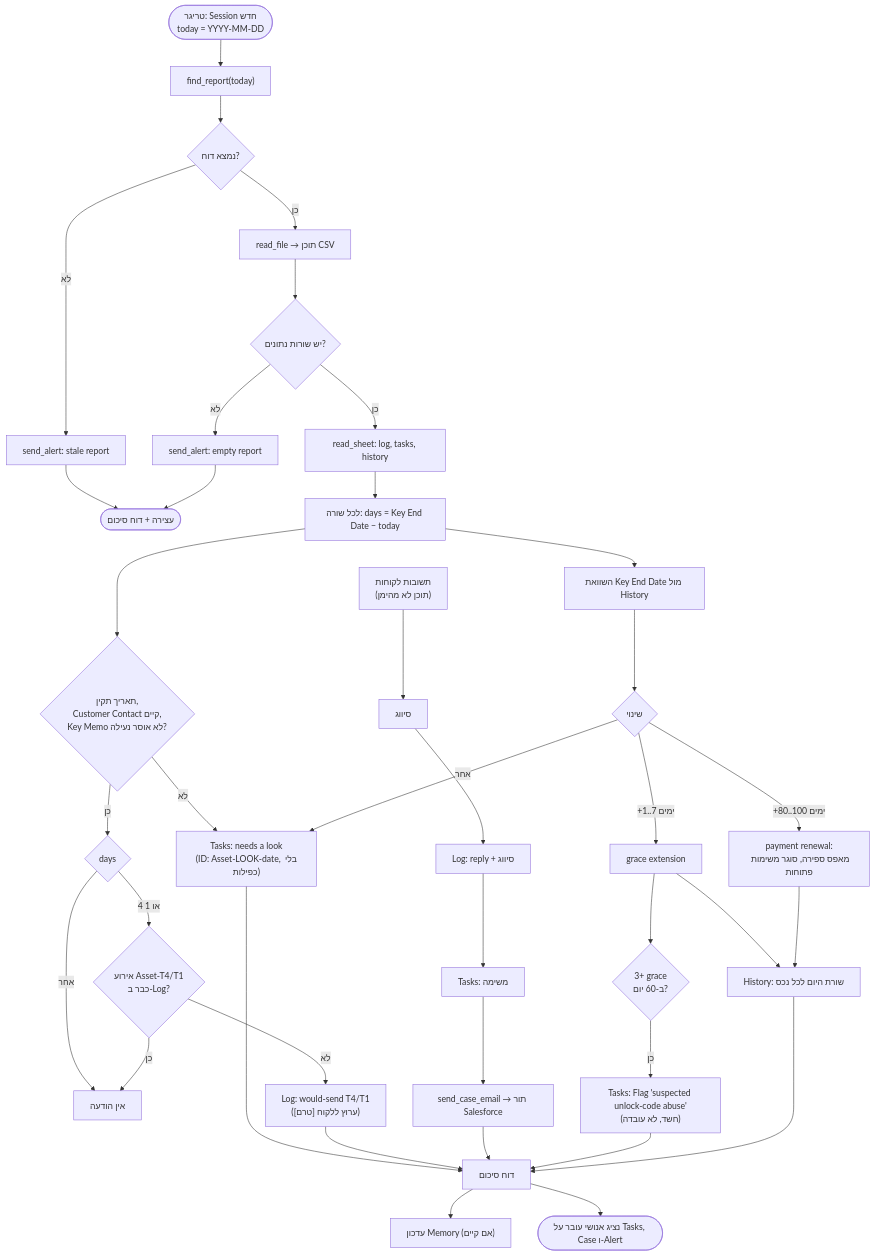
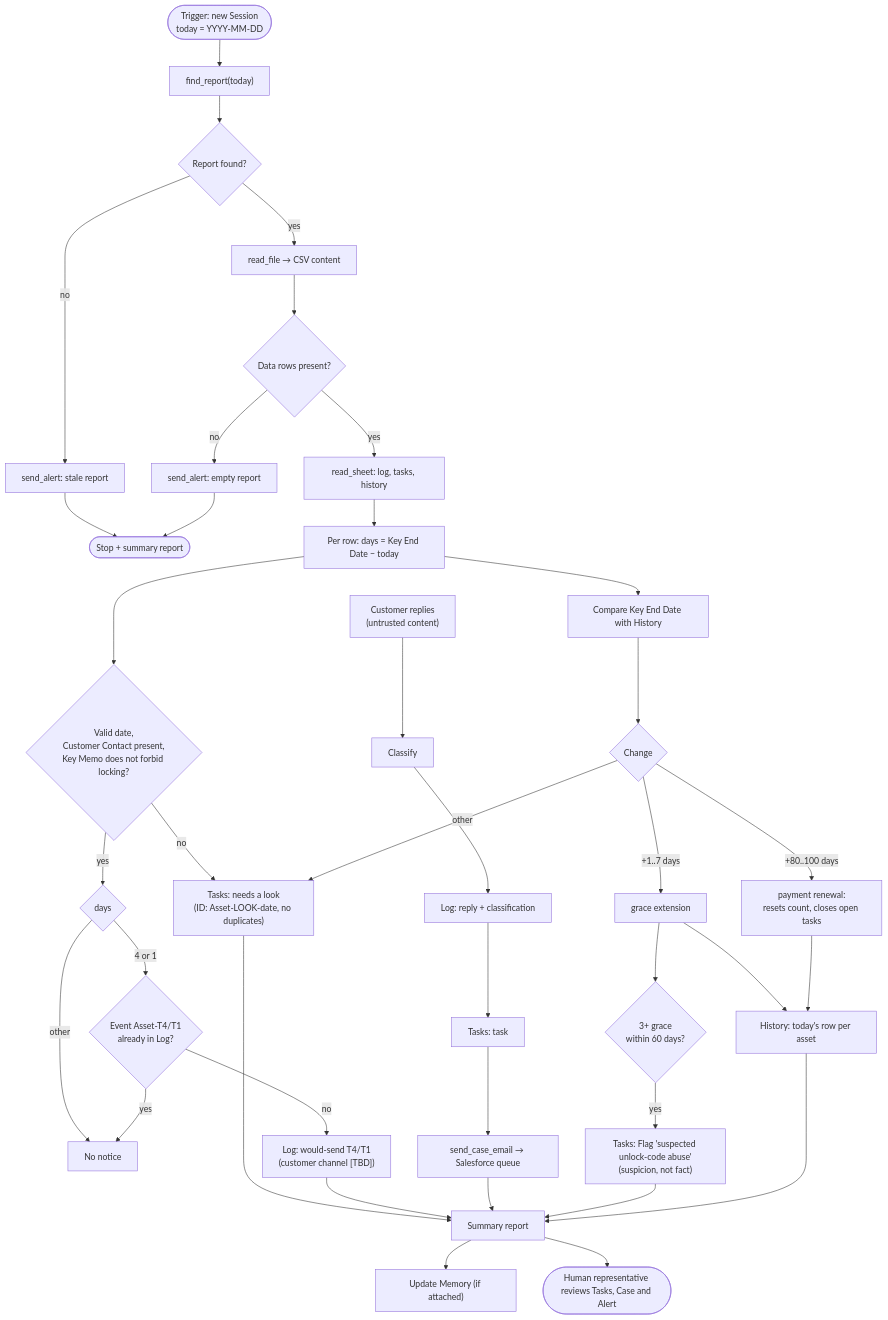
One commit to asaeltaragan-cpu/Time_limit changed the third of 4 diagrams in Architecture.md. Above: the diagram before and after it, drawn with Mermaid. The commit also changed other lines of this file, not shown here.

Commit message:
Translate Architecture.md to English

````diff
--- a/Architecture.md
+++ b/Architecture.md
@@ -110,42 +110,42 @@
 ```mermaid
 flowchart TD
-    START(["טריגר: Session חדש<br/>today = YYYY-MM-DD"]) --> FIND["find_report(today)"]
-    FIND --> FOUND{"נמצא דוח?"}
-    FOUND -- "לא" --> A1["send_alert: stale report"] --> END1(["עצירה + דוח סיכום"])
-    FOUND -- "כן" --> READ["read_file → תוכן CSV"]
-    READ --> EMPTY{"יש שורות נתונים?"}
-    EMPTY -- "לא" --> A2["send_alert: empty report"] --> END1
-    EMPTY -- "כן" --> SHEETS["read_sheet: log, tasks, history"]
+    START(["Trigger: new Session<br/>today = YYYY-MM-DD"]) --> FIND["find_report(today)"]
+    FIND --> FOUND{"Report found?"}
+    FOUND -- "no" --> A1["send_alert: stale report"] --> END1(["Stop + summary report"])
+    FOUND -- "yes" --> READ["read_file → CSV content"]
+    READ --> EMPTY{"Data rows present?"}
+    EMPTY -- "no" --> A2["send_alert: empty report"] --> END1
+    EMPTY -- "yes" --> SHEETS["read_sheet: log, tasks, history"]
 
-    SHEETS --> ROW["לכל שורה: days = Key End Date − today"]
-    ROW --> VALID{"תאריך תקין,<br/>Customer Contact קיים,<br/>Key Memo לא אוסר נעילה?"}
-    VALID -- "לא" --> LOOK["Tasks: needs a look<br/>(ID: Asset-LOOK-date, בלי כפילות)"]
-    VALID -- "כן" --> DAYS{"days"}
-    DAYS -- "4 או 1" --> DUP{"אירוע Asset-T4/T1<br/>כבר ב-Log?"}
-    DAYS -- "אחר" --> NONE["אין הודעה"]
-    DUP -- "כן" --> NONE
-    DUP -- "לא" --> LOGW["Log: would-send T4/T1<br/>(ערוץ ללקוח [טרם])"]
+    SHEETS --> ROW["Per row: days = Key End Date − today"]
+    ROW --> VALID{"Valid date,<br/>Customer Contact present,<br/>Key Memo does not forbid locking?"}
+    VALID -- "no" --> LOOK["Tasks: needs a look<br/>(ID: Asset-LOOK-date, no duplicates)"]
+    VALID -- "yes" --> DAYS{"days"}
+    DAYS -- "4 or 1" --> DUP{"Event Asset-T4/T1<br/>already in Log?"}
+    DAYS -- "other" --> NONE["No notice"]
+    DUP -- "yes" --> NONE
+    DUP -- "no" --> LOGW["Log: would-send T4/T1<br/>(customer channel [TBD])"]
 
-    REPLIES["תשובות לקוחות<br/>(תוכן לא מהימן)"] --> CLS["סיווג"]
-    CLS --> LOGR["Log: reply + סיווג"]
-    LOGR --> TASKR["Tasks: משימה"]
-    TASKR --> CASE["send_case_email → תור Salesforce"]
+    REPLIES["Customer replies<br/>(untrusted content)"] --> CLS["Classify"]
+    CLS --> LOGR["Log: reply + classification"]
+    LOGR --> TASKR["Tasks: task"]
+    TASKR --> CASE["send_case_email → Salesforce queue"]
 
-    ROW --> CMP["השוואת Key End Date מול History"]
-    CMP --> KIND{"שינוי"}
-    KIND -- "+1..7 ימים" --> GRACE["grace extension"]
-    KIND -- "+80..100 ימים" --> RENEW["payment renewal:<br/>מאפס ספירה, סוגר משימות פתוחות"]
-    KIND -- "אחר" --> LOOK
-    GRACE --> HISTW["History: שורת היום לכל נכס"]
+    ROW --> CMP["Compare Key End Date with History"]
+    CMP --> KIND{"Change"}
+    KIND -- "+1..7 days" --> GRACE["grace extension"]
+    KIND -- "+80..100 days" --> RENEW["payment renewal:<br/>resets count, closes open tasks"]
+    KIND -- "other" --> LOOK
+    GRACE --> HISTW["History: today's row per asset"]
     RENEW --> HISTW
-    GRACE --> ABUSE{"3+ grace<br/>ב-60 יום?"}
-    ABUSE -- "כן" --> FLAG["Tasks: Flag 'suspected unlock-code abuse'<br/>(חשד, לא עובדה)"]
+    GRACE --> ABUSE{"3+ grace<br/>within 60 days?"}
+    ABUSE -- "yes" --> FLAG["Tasks: Flag 'suspected unlock-code abuse'<br/>(suspicion, not fact)"]
 
     LOOK --> REPORT
     LOGW --> REPORT
     CASE --> REPORT
     FLAG --> REPORT
-    HISTW --> REPORT["דוח סיכום"]
-    REPORT --> MEMW["עדכון Memory (אם קיים)"]
-    REPORT --> HUMAN(["נציג אנושי עובר על Tasks, Case ו-Alert"])
+    HISTW --> REPORT["Summary report"]
+    REPORT --> MEMW["Update Memory (if attached)"]
+    REPORT --> HUMAN(["Human representative reviews Tasks, Case and Alert"])
 ```
````
